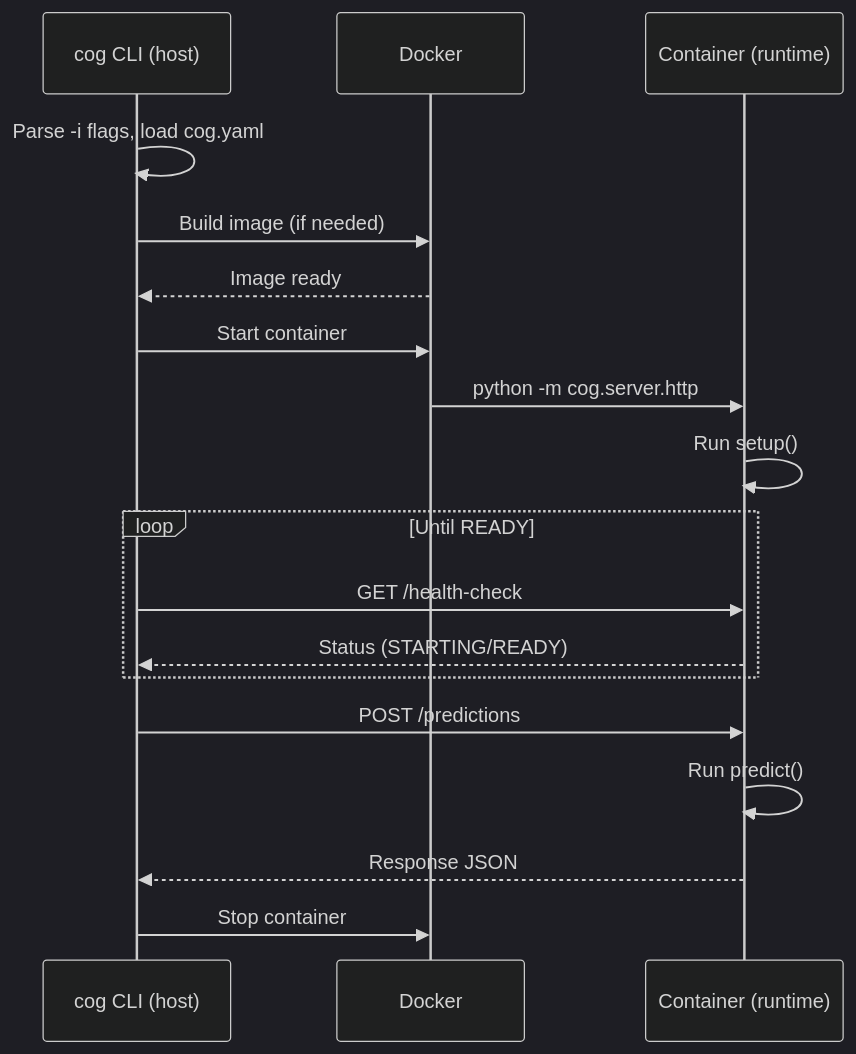
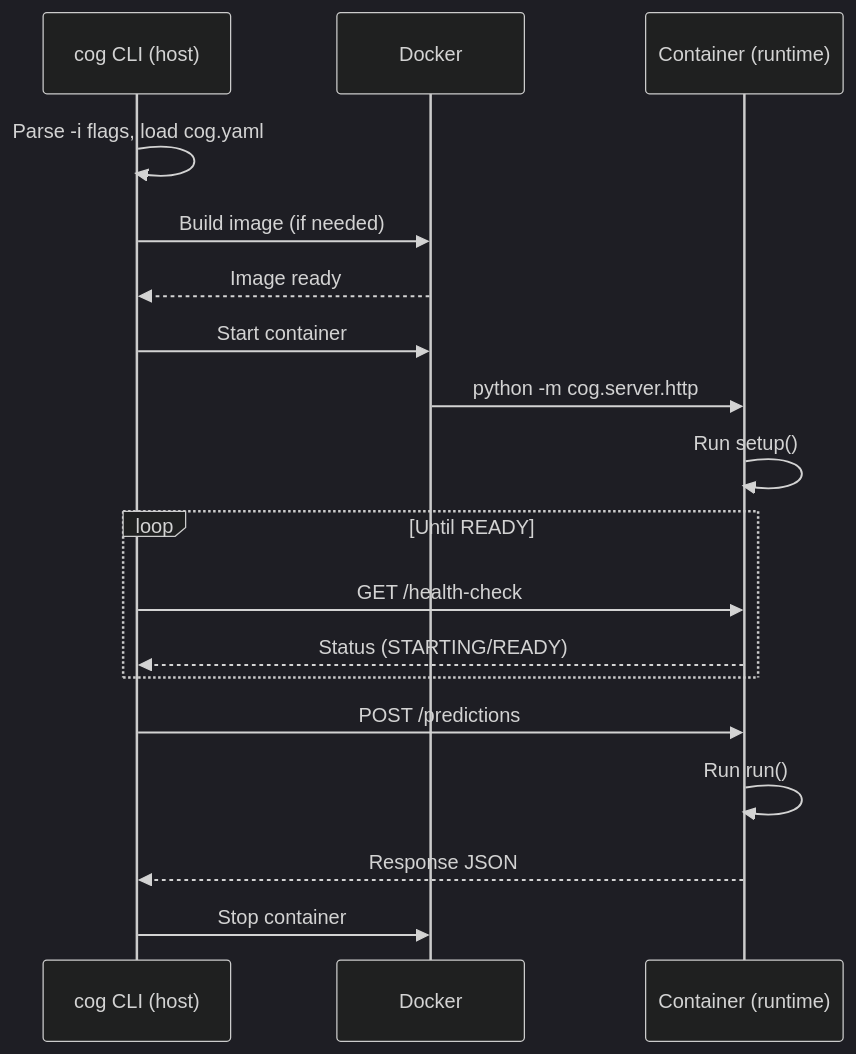
One commit to replicate/cog changed the diagram in architecture/06-cli.md. Above: the diagram before and after it, drawn with Mermaid (dark theme). The commit also changed other lines of this file and 73 other files, not shown here.

First line of the commit message:
feat: Rename predict to run with backward compatibility (#3015)

````diff
--- a/architecture/06-cli.md
+++ b/architecture/06-cli.md
@@ -179,25 +179,25 @@
 ```mermaid
 sequenceDiagram
     participant CLI as cog CLI (host)
     participant Docker
     participant Container as Container (runtime)
 
     CLI->>CLI: Parse -i flags, load cog.yaml
     CLI->>Docker: Build image (if needed)
     Docker-->>CLI: Image ready
 
     CLI->>Docker: Start container
     Docker->>Container: python -m cog.server.http
     Container->>Container: Run setup()
 
     loop Until READY
         CLI->>Container: GET /health-check
         Container-->>CLI: Status (STARTING/READY)
     end
 
     CLI->>Container: POST /predictions
-    Container->>Container: Run predict()
+    Container->>Container: Run run()
     Container-->>CLI: Response JSON
 
     CLI->>Docker: Stop container
 ```
````
